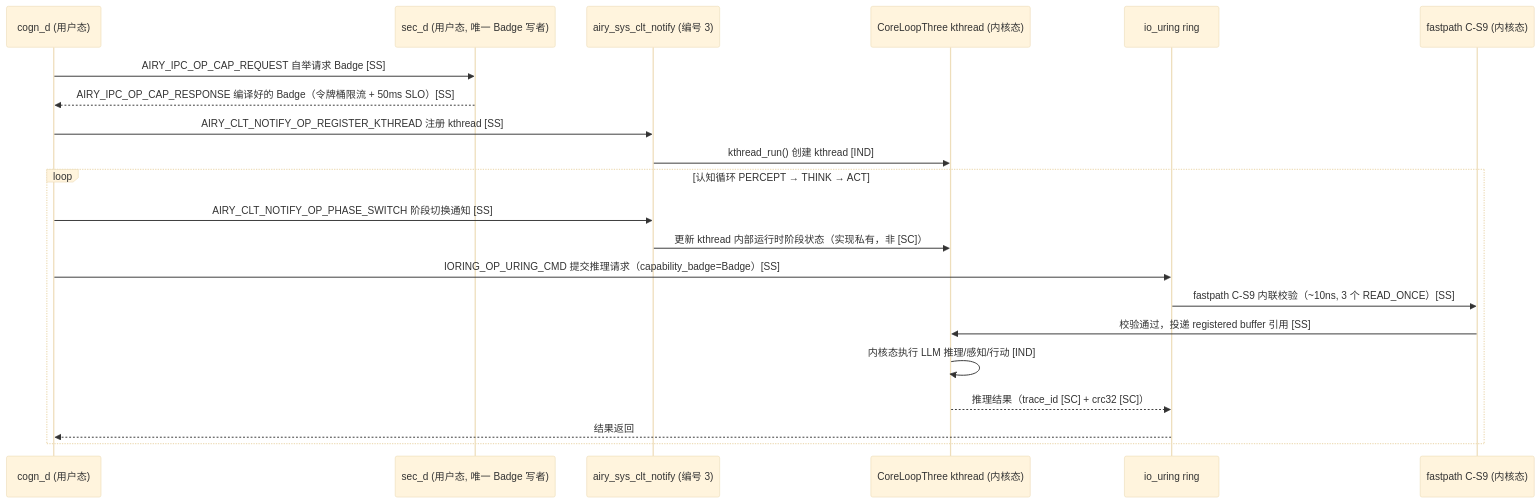
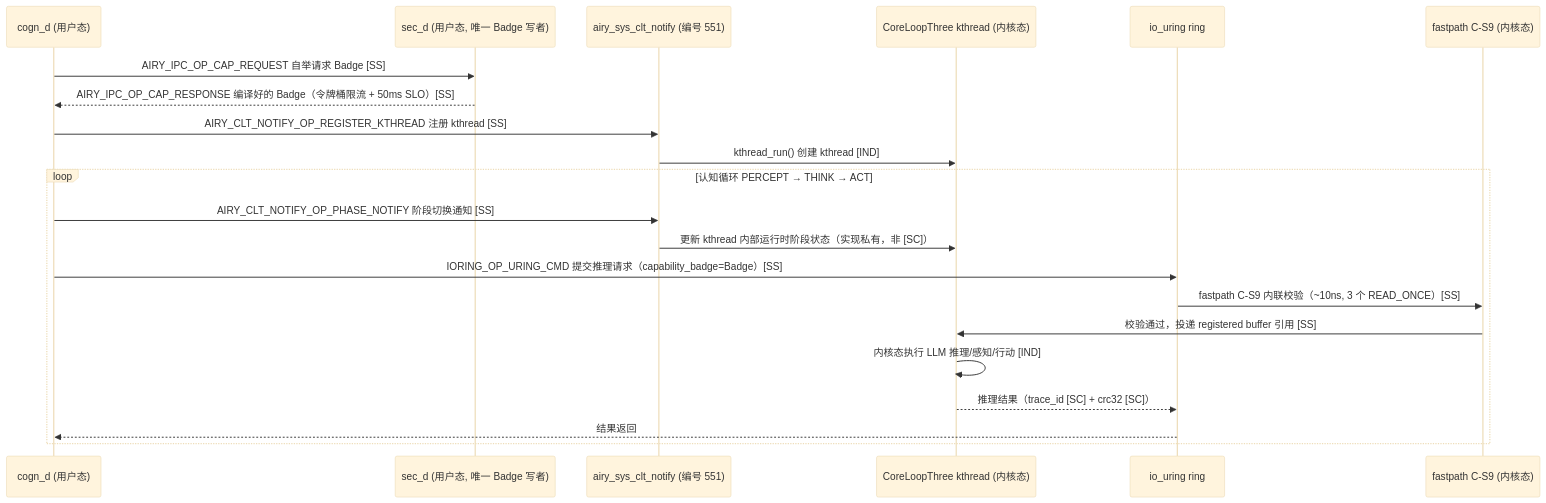
One commit to openairymax/docs changed the second of 3 diagrams in AirymaxOS/20-modules/05-cognition.md. Above: the diagram before and after it, drawn with Mermaid (base theme). The commit also changed other lines of this file and 135 other files, not shown here.

````diff
--- a/AirymaxOS/20-modules/05-cognition.md
+++ b/AirymaxOS/20-modules/05-cognition.md
@@ -449,27 +453,27 @@
 ```mermaid
 sequenceDiagram
     participant COGN as cogn_d (用户态)
     participant SECD as sec_d (用户态, 唯一 Badge 写者)
-    participant SYSCALL as airy_sys_clt_notify (编号 3)
+    participant SYSCALL as airy_sys_clt_notify (编号 551)
     participant KTHREAD as CoreLoopThree kthread (内核态)
     participant IPC as io_uring ring
     participant CS9 as fastpath C-S9 (内核态)
 
     COGN->>SECD: AIRY_IPC_OP_CAP_REQUEST 自举请求 Badge [SS]
     SECD-->>COGN: AIRY_IPC_OP_CAP_RESPONSE 编译好的 Badge（令牌桶限流 + 50ms SLO）[SS]
 
     COGN->>SYSCALL: AIRY_CLT_NOTIFY_OP_REGISTER_KTHREAD 注册 kthread [SS]
     SYSCALL->>KTHREAD: kthread_run() 创建 kthread [IND]
 
     loop 认知循环 PERCEPT → THINK → ACT
-        COGN->>SYSCALL: AIRY_CLT_NOTIFY_OP_PHASE_SWITCH 阶段切换通知 [SS]
+        COGN->>SYSCALL: AIRY_CLT_NOTIFY_OP_PHASE_NOTIFY 阶段切换通知 [SS]
         SYSCALL->>KTHREAD: 更新 kthread 内部运行时阶段状态（实现私有，非 [SC]）
 
         COGN->>IPC: IORING_OP_URING_CMD 提交推理请求（capability_badge=Badge）[SS]
         IPC->>CS9: fastpath C-S9 内联校验（~10ns, 3 个 READ_ONCE）[SS]
         CS9->>KTHREAD: 校验通过，投递 registered buffer 引用 [SS]
         KTHREAD->>KTHREAD: 内核态执行 LLM 推理/感知/行动 [IND]
         KTHREAD-->>IPC: 推理结果（trace_id [SC] + crc32 [SC]）
         IPC-->>COGN: 结果返回
     end
 ```
````
